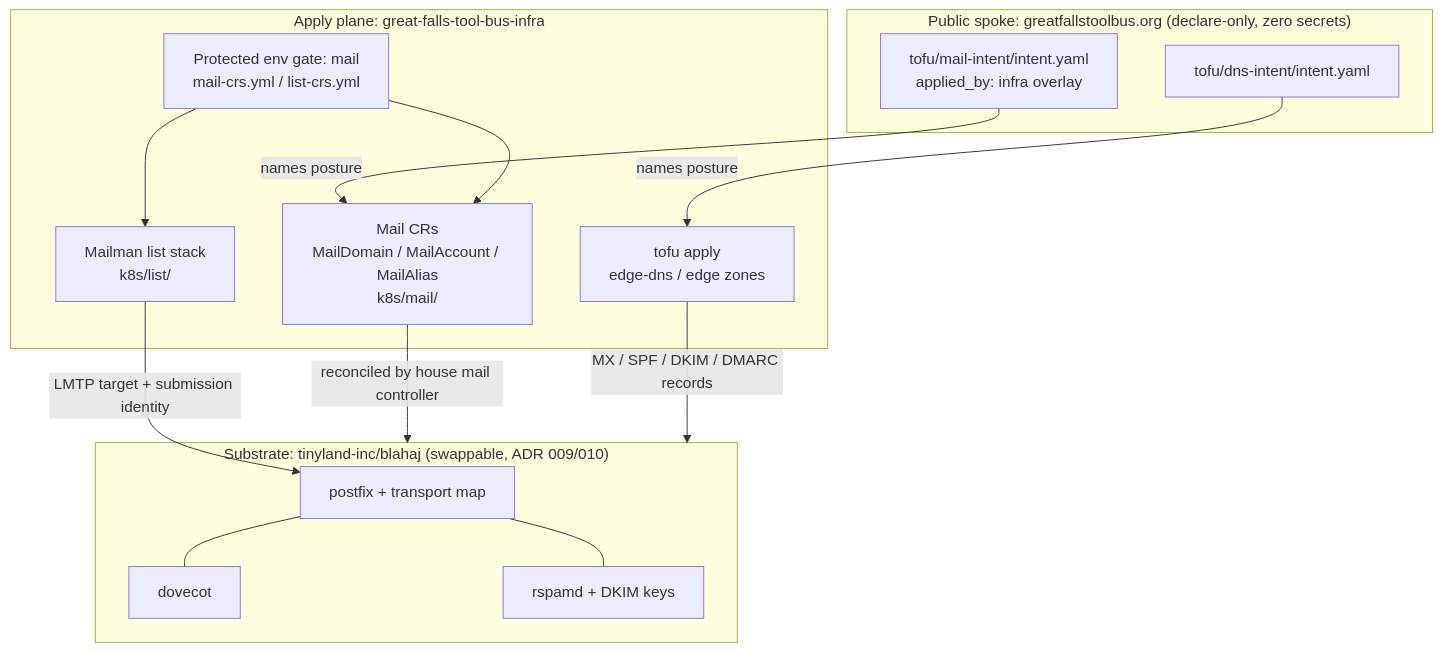
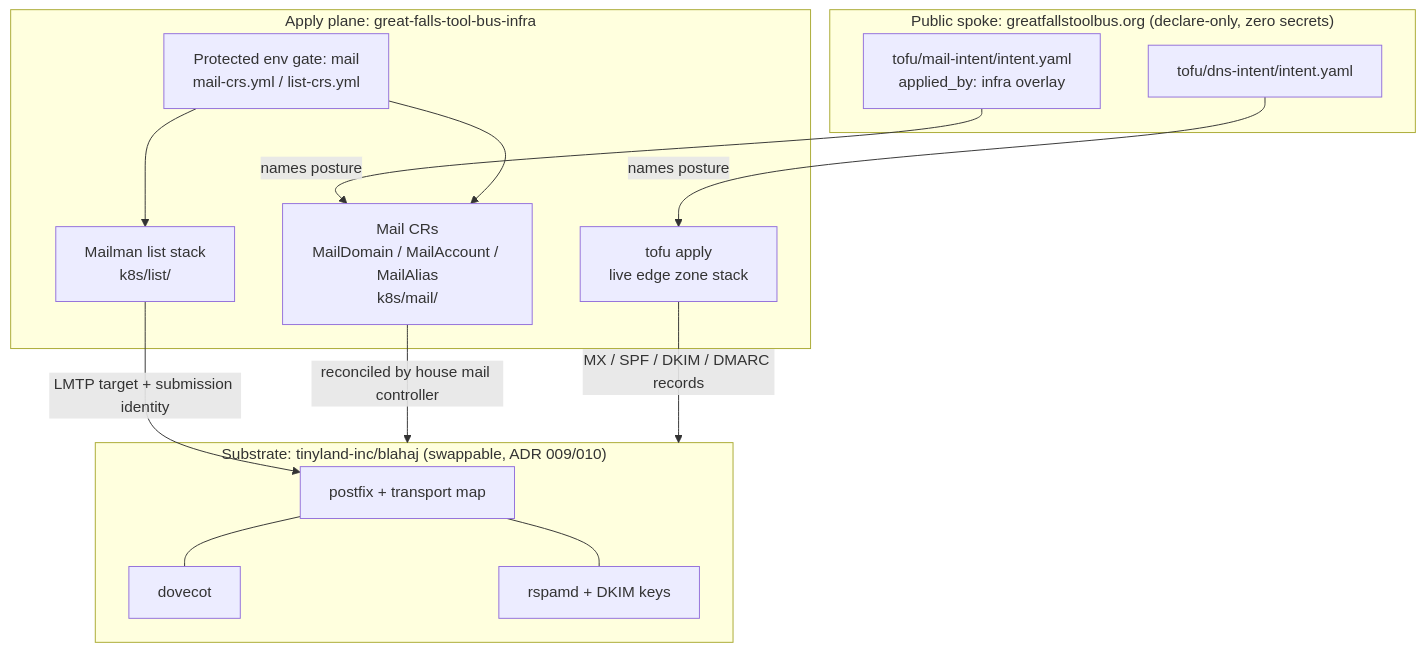
The third of 5 diagrams in docs/architecture/diagrams.md (Great-Falls-Tool-Bus/great-falls-tool-bus-infra), drawn with Mermaid before and after one commit. The commit also changed 15 other files, not shown here.

````diff
--- a/docs/architecture/diagrams.md
+++ b/docs/architecture/diagrams.md
@@ -135,30 +135,30 @@
 ```mermaid
 flowchart TD
     subgraph spoke["Public spoke: greatfallstoolbus.org (declare-only, zero secrets)"]
         dnsintent["tofu/dns-intent/intent.yaml"]
         mailintent["tofu/mail-intent/intent.yaml<br/>applied_by: infra overlay"]
     end
 
     subgraph overlay["Apply plane: great-falls-tool-bus-infra"]
-        edge["tofu apply<br/>edge-dns / edge zones"]
+        edge["tofu apply<br/>live edge zone stack"]
         crs["Mail CRs<br/>MailDomain / MailAccount / MailAlias<br/>k8s/mail/"]
         liststack["Mailman list stack<br/>k8s/list/"]
         gate["Protected env gate: mail<br/>mail-crs.yml / list-crs.yml"]
     end
 
     subgraph substrate["Substrate: tinyland-inc/blahaj (swappable, ADR 009/010)"]
         pfx["postfix + transport map"]
         dov["dovecot"]
         rsp["rspamd + DKIM keys"]
     end
 
     dnsintent -->|"names posture"| edge
     mailintent -->|"names posture"| crs
     gate --> crs
     gate --> liststack
     crs -->|"reconciled by house mail controller"| substrate
     edge -->|"MX / SPF / DKIM / DMARC records"| substrate
     liststack -->|"LMTP target + submission identity"| pfx
     pfx --- dov
     pfx --- rsp
 ```
````
